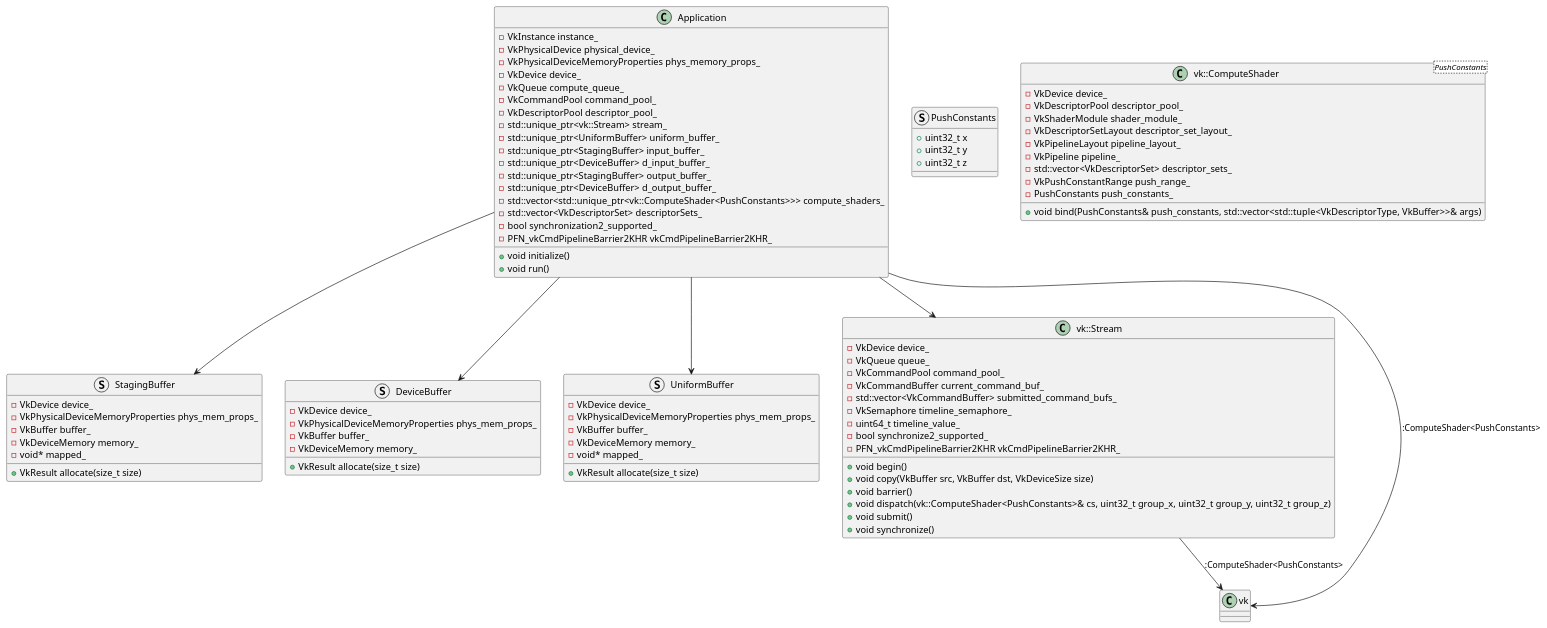
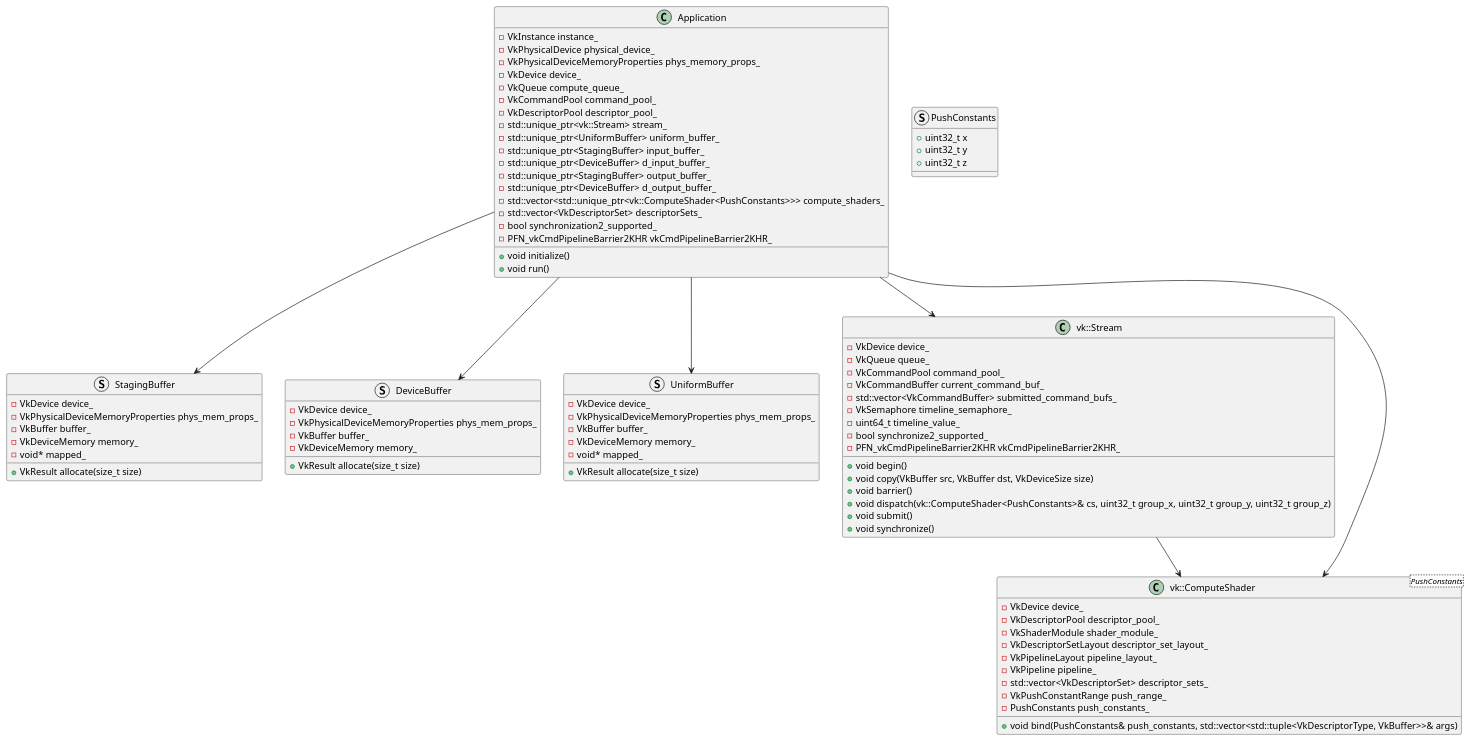
The diagram in doc/class.pu (kohshi/vulkan-sandbox), drawn with PlantUML before and after one commit.

Commit message:
Changed to unify vk::ComputeShader drawn one.

```diff
--- a/doc/class.pu
+++ b/doc/class.pu
@@ -1,93 +1,93 @@
 @startuml
 class Application {
   - VkInstance instance_
   - VkPhysicalDevice physical_device_
   - VkPhysicalDeviceMemoryProperties phys_memory_props_
   - VkDevice device_
   - VkQueue compute_queue_
   - VkCommandPool command_pool_
   - VkDescriptorPool descriptor_pool_
   - std::unique_ptr<vk::Stream> stream_
   - std::unique_ptr<UniformBuffer> uniform_buffer_
   - std::unique_ptr<StagingBuffer> input_buffer_
   - std::unique_ptr<DeviceBuffer> d_input_buffer_
   - std::unique_ptr<StagingBuffer> output_buffer_
   - std::unique_ptr<DeviceBuffer> d_output_buffer_
   - std::vector<std::unique_ptr<vk::ComputeShader<PushConstants>>> compute_shaders_
   - std::vector<VkDescriptorSet> descriptorSets_
   - bool synchronization2_supported_
   - PFN_vkCmdPipelineBarrier2KHR vkCmdPipelineBarrier2KHR_
   + void initialize()
   + void run()
 }
 
 struct PushConstants {
   + uint32_t x
   + uint32_t y
   + uint32_t z
 }
 
 struct StagingBuffer {
   - VkDevice device_
   - VkPhysicalDeviceMemoryProperties phys_mem_props_
   - VkBuffer buffer_
   - VkDeviceMemory memory_
   - void* mapped_
   + VkResult allocate(size_t size)
 }
 
 struct DeviceBuffer {
   - VkDevice device_
   - VkPhysicalDeviceMemoryProperties phys_mem_props_
   - VkBuffer buffer_
   - VkDeviceMemory memory_
   + VkResult allocate(size_t size)
 }
 
 struct UniformBuffer {
   - VkDevice device_
   - VkPhysicalDeviceMemoryProperties phys_mem_props_
   - VkBuffer buffer_
   - VkDeviceMemory memory_
   - void* mapped_
   + VkResult allocate(size_t size)
 }
 
 class vk::Stream {
   - VkDevice device_
   - VkQueue queue_
   - VkCommandPool command_pool_
   - VkCommandBuffer current_command_buf_
   - std::vector<VkCommandBuffer> submitted_command_bufs_
   - VkSemaphore timeline_semaphore_
   - uint64_t timeline_value_
   - bool synchronize2_supported_
   - PFN_vkCmdPipelineBarrier2KHR vkCmdPipelineBarrier2KHR_
   + void begin()
   + void copy(VkBuffer src, VkBuffer dst, VkDeviceSize size)
   + void barrier()
   + void dispatch(vk::ComputeShader<PushConstants>& cs, uint32_t group_x, uint32_t group_y, uint32_t group_z)
   + void submit()
   + void synchronize()
 }
 
 class vk::ComputeShader<PushConstants> {
   - VkDevice device_
   - VkDescriptorPool descriptor_pool_
   - VkShaderModule shader_module_
   - VkDescriptorSetLayout descriptor_set_layout_
   - VkPipelineLayout pipeline_layout_
   - VkPipeline pipeline_
   - std::vector<VkDescriptorSet> descriptor_sets_
   - VkPushConstantRange push_range_
   - PushConstants push_constants_
   + void bind(PushConstants& push_constants, std::vector<std::tuple<VkDescriptorType, VkBuffer>>& args)
 }
 
 Application --> vk::Stream
 Application --> UniformBuffer
 Application --> StagingBuffer
 Application --> DeviceBuffer
-Application --> vk::ComputeShader<PushConstants>
-vk::Stream --> vk::ComputeShader<PushConstants>
+Application --> vk::ComputeShader
+vk::Stream --> vk::ComputeShader
 @enduml
```
